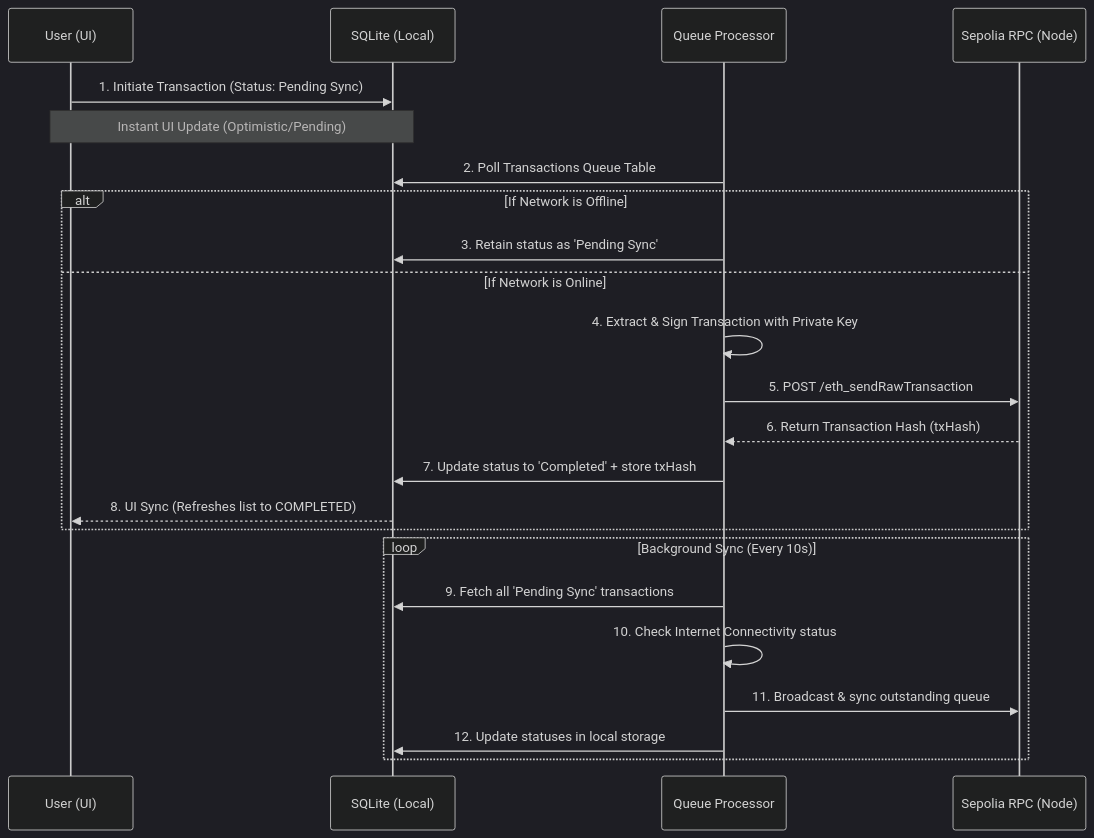
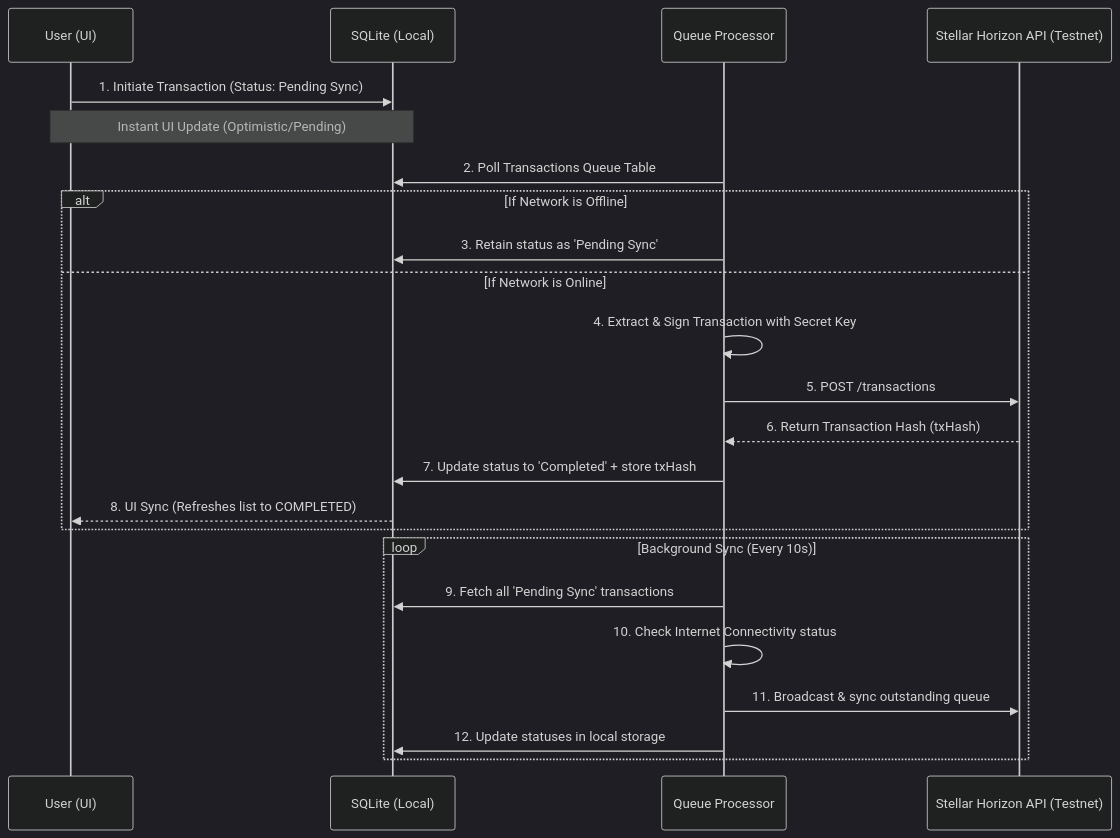
The diagram in README.md (RudrakshRakeshZodage/AI_Translator), drawn with Mermaid (dark theme) before and after one commit. The commit also changed other lines of this file, not shown here.

````diff
--- a/README.md
+++ b/README.md
@@ -23,29 +23,29 @@
 ```mermaid
 sequenceDiagram
     participant User as User (UI)
     participant DB as SQLite (Local)
     participant QP as Queue Processor
-    participant Web3 as Sepolia RPC (Node)
+    participant Web3 as Stellar Horizon API (Testnet)
 
     User->>DB: 1. Initiate Transaction (Status: Pending Sync)
     Note over User, DB: Instant UI Update (Optimistic/Pending)
 
     QP->>DB: 2. Poll Transactions Queue Table
     
     alt If Network is Offline
         QP->>DB: 3. Retain status as 'Pending Sync'
     else If Network is Online
-        QP->>QP: 4. Extract & Sign Transaction with Private Key
-        QP->>Web3: 5. POST /eth_sendRawTransaction
+        QP->>QP: 4. Extract & Sign Transaction with Secret Key
+        QP->>Web3: 5. POST /transactions
         Web3-->>QP: 6. Return Transaction Hash (txHash)
         QP->>DB: 7. Update status to 'Completed' + store txHash
         DB-->>User: 8. UI Sync (Refreshes list to COMPLETED)
     end
 
     loop Background Sync (Every 10s)
         QP->>DB: 9. Fetch all 'Pending Sync' transactions
         QP->>QP: 10. Check Internet Connectivity status
         QP->>Web3: 11. Broadcast & sync outstanding queue
         QP->>DB: 12. Update statuses in local storage
     end
 ```
````
